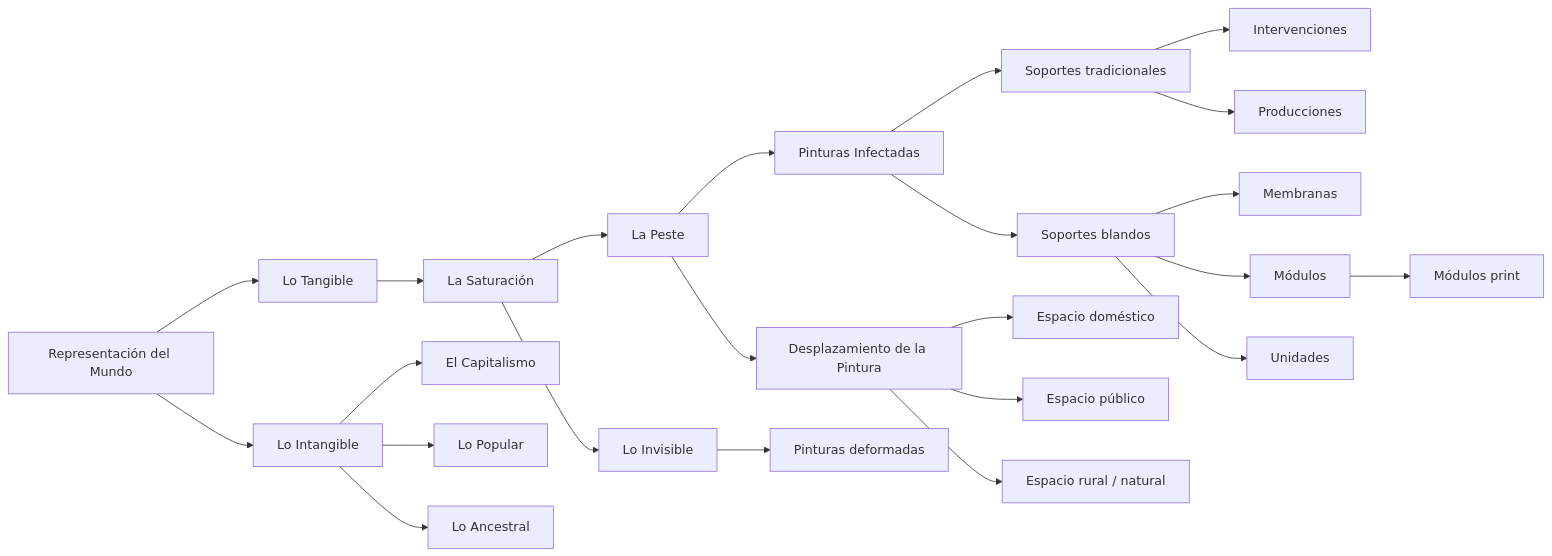
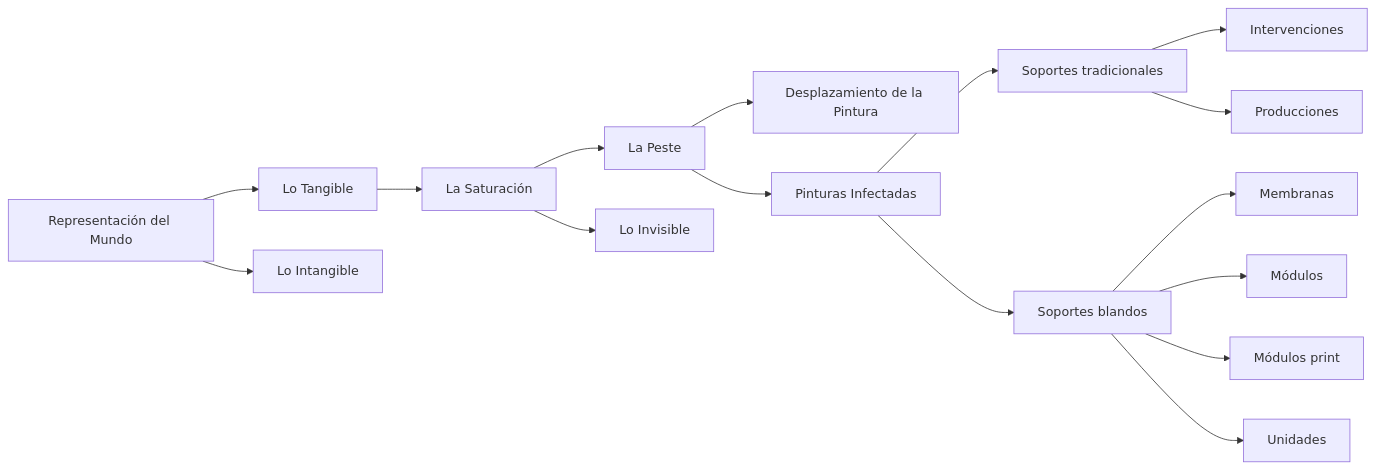
One commit to EGGS-Artesvisuales/EGGS-Artesvisuales.github.io changed the diagram in ES/peste-pinturas-infectadas.md. Above: the diagram before and after it, drawn with Mermaid.

```diff
--- a/ES/peste-pinturas-infectadas.md
+++ b/ES/peste-pinturas-infectadas.md
@@ -36,72 +37,52 @@
 <div class="mermaid">
 graph LR
-  %% Eje general de representación
+  %% Eje general (mínimo necesario)
   Z[Representación del Mundo] --> Y[Lo Tangible]
   Z --> Z2[Lo Intangible]
 
-  %% Rama La Saturación / La Peste
+  %% Camino de la rama (hasta La Peste)
   Y --> A[La Saturación]
   A --> B[La Peste]
+
+  %% Hermanas en el camino (solo nombradas)
   A --> X[Lo Invisible]
+  B --> F[Desplazamiento de la Pintura]
 
-  %% Pinturas Infectadas dentro de La Peste
+  %% Rama desarrollada: Pinturas Infectadas
   B --> C[Pinturas Infectadas]
+
   C --> D[Soportes tradicionales]
   C --> E[Soportes blandos]
 
-  %% Detalle Soportes tradicionales
   D --> D1[Intervenciones]
   D --> D2[Producciones]
 
-  %% Detalle Soportes blandos
   E --> E1[Membranas]
   E --> E2[Módulos]
+  E --> E2a[Módulos print]
   E --> E3[Unidades]
-  E2 --> E2a[Módulos print]
 
-  %% Desplazamiento de la Pintura (hermano de Pinturas Infectadas)
-  B --> F[Desplazamiento de la Pintura]
-  F --> F1[Espacio doméstico]
-  F --> F2[Espacio público]
-  F --> F3[Espacio rural / natural]
-
-  %% Derivación desde Lo Invisible
-  X --> X1[Pinturas deformadas]
-
-  %% Derivaciones emblemáticas desde Lo Intangible (hermano mayor)
-  Z2 --> Z2a[El Capitalismo]
-  Z2 --> Z2b[Lo Popular]
-  Z2 --> Z2c[Lo Ancestral]
-
-  %% Enlaces clicables – árbol general
+  %% Enlaces clicables (estructura general)
   click Z "/ES/mundo-exterior.html" "Ver Representación del Mundo"
   click Y "/ES/tangible.html" "Ver Lo Tangible"
   click Z2 "/ES/intangible.html" "Ver Lo Intangible"
 
   click A "/ES/saturacion.html" "Ver La Saturación"
   click B "/ES/la-peste.html" "Ver La Peste"
   click X "/ES/lo-invisible.html" "Ver Lo Invisible"
-  click X1 "/ES/pinturas-deformadas.html" "Ver Pinturas Deformadas"
+  click F "/ES/desplazamiento-pintura.html" "Ver Desplazamiento de la Pintura"
 
-  click Z2a "/ES/el-capitalismo.html" "Ver El Capitalismo"
-  click Z2b "/ES/lo-popular.html" "Ver Lo Popular"
-  click Z2c "/ES/lo-ancestral.html" "Ver Lo Ancestral"
+  %% Enlace principal
+  click C "/ES/peste-pinturas-infectadas.html" "Ver Pinturas Infectadas"
 
-  %% Enlaces específicos de Pinturas Infectadas
-  click C "/ES/peste-pinturas-infectadas.html" "Ver Pinturas Infectadas"
+  %% Enlaces internos (IDs operativos)
   click D "#soportes-tradicionales" "Ir a Soportes tradicionales"
   click D1 "#intervenciones" "Ir a Intervenciones"
   click D2 "#producciones" "Ir a Producciones"
 
   click E "#soportes-blandos" "Ir a Soportes blandos"
   click E1 "#membranas" "Ir a Membranas"
   click E2 "#modulos" "Ir a Módulos"
   click E2a "#modulos-prints" "Ir a Módulos print"
   click E3 "#unidades" "Ir a Unidades"
-
-  %% Enlaces a Desplazamiento de la Pintura y sus ramas
-  click F "/ES/desplazamiento-pintura.html" "Ver Desplazamiento de la Pintura"
-  click F1 "/ES/espacio-domestico.html#espacio-domestico" "Ir a Espacio doméstico"
-  click F2 "/ES/espacio-publico.html#espacio-publico" "Ir a Espacio público"
-  click F3 "/ES/espacio-rural.html#espacio-rural" "Ir a Espacio rural / natural"
 </div>
```
